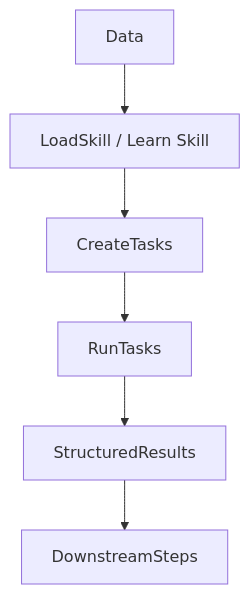
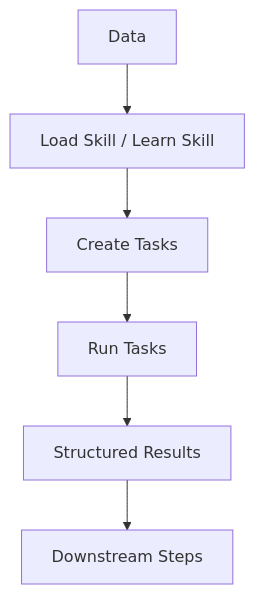
The diagram in README.md (Pravko-Solutions/FlashLearn), drawn with Mermaid before and after one commit.

````diff
--- a/README.md
+++ b/README.md
@@ -14,8 +14,8 @@
 ```mermaid
 flowchart TB
-    H[Data] --> I[LoadSkill / Learn Skill]
-    I --> J[CreateTasks]
-    J --> K[RunTasks]
-    K --> L[StructuredResults]
-    L --> M[DownstreamSteps]
+    H[Data] --> I[Load Skill / Learn Skill]
+    I --> J[Create Tasks]
+    J --> K[Run Tasks]
+    K --> L[Structured Results]
+    L --> M[Downstream Steps]
 ```
````
